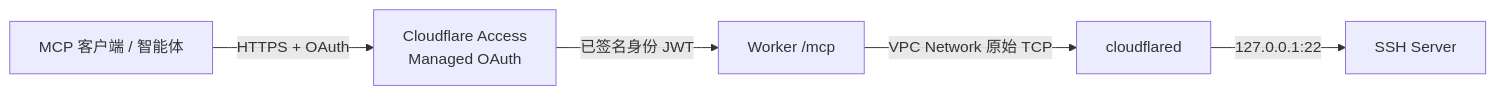
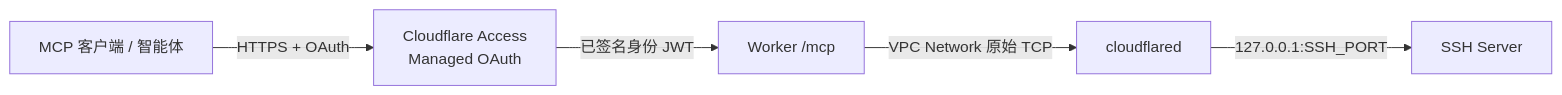
One commit to chuck-ma/cloudflare-ssh-mcp changed the diagram in README.md. Above: the diagram before and after it, drawn with Mermaid. The commit also changed 7 other files, not shown here.

````diff
--- a/README.md
+++ b/README.md
@@ -17,7 +17,7 @@
 ```mermaid
 flowchart LR
     C[MCP 客户端 / 智能体] -->|HTTPS + OAuth| A[Cloudflare Access\nManaged OAuth]
     A -->|已签名身份 JWT| W[Worker /mcp]
     W -->|VPC Network 原始 TCP| T[cloudflared]
-    T -->|127.0.0.1:22| S[SSH Server]
+    T -->|127.0.0.1:SSH_PORT| S[SSH Server]
 ```
````
